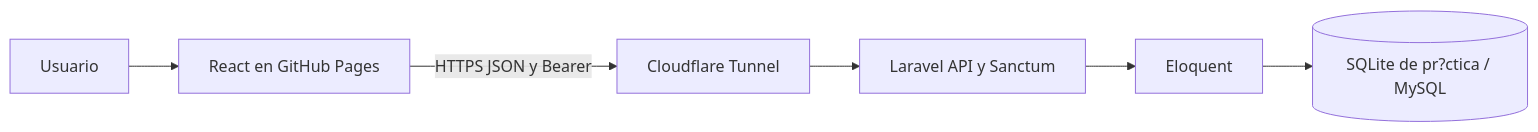
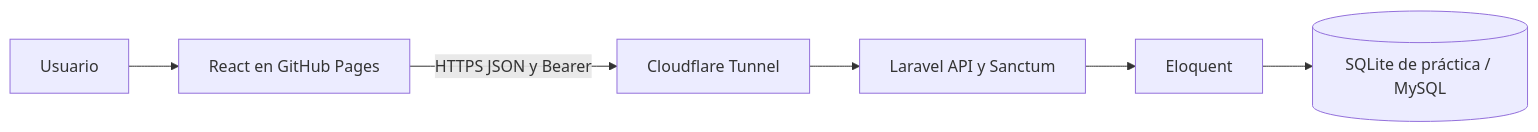
Before and after one commit to EdgarPunina/Proyecto-Laravel-inicial-de-TaskFlow: the diagram in docs/README-PROYECTO.md, drawn with Mermaid. The commit also changed other lines of this file and 1 other file, not shown here.

````diff
--- a/docs/README-PROYECTO.md
+++ b/docs/README-PROYECTO.md
@@ -31,8 +31,8 @@
 ```mermaid
 flowchart LR
   Usuario --> React[React en GitHub Pages]
   React -->|HTTPS JSON y Bearer| Tunnel[Cloudflare Tunnel]
   Tunnel --> Laravel[Laravel API y Sanctum]
   Laravel --> Eloquent
-  Eloquent --> SQLite[(SQLite de pr?ctica / MySQL)]
+  Eloquent --> SQLite[(SQLite de práctica / MySQL)]
 ```
````
